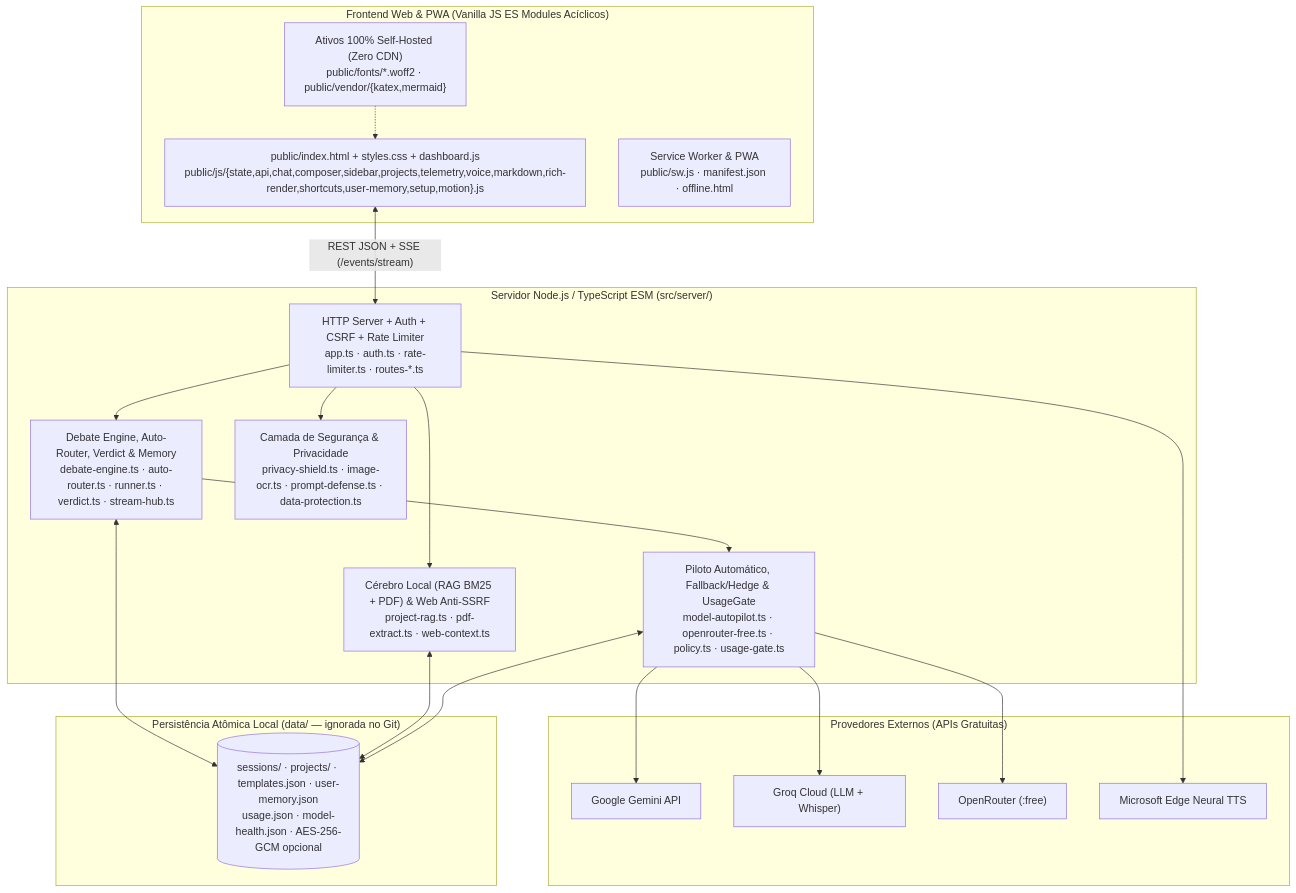
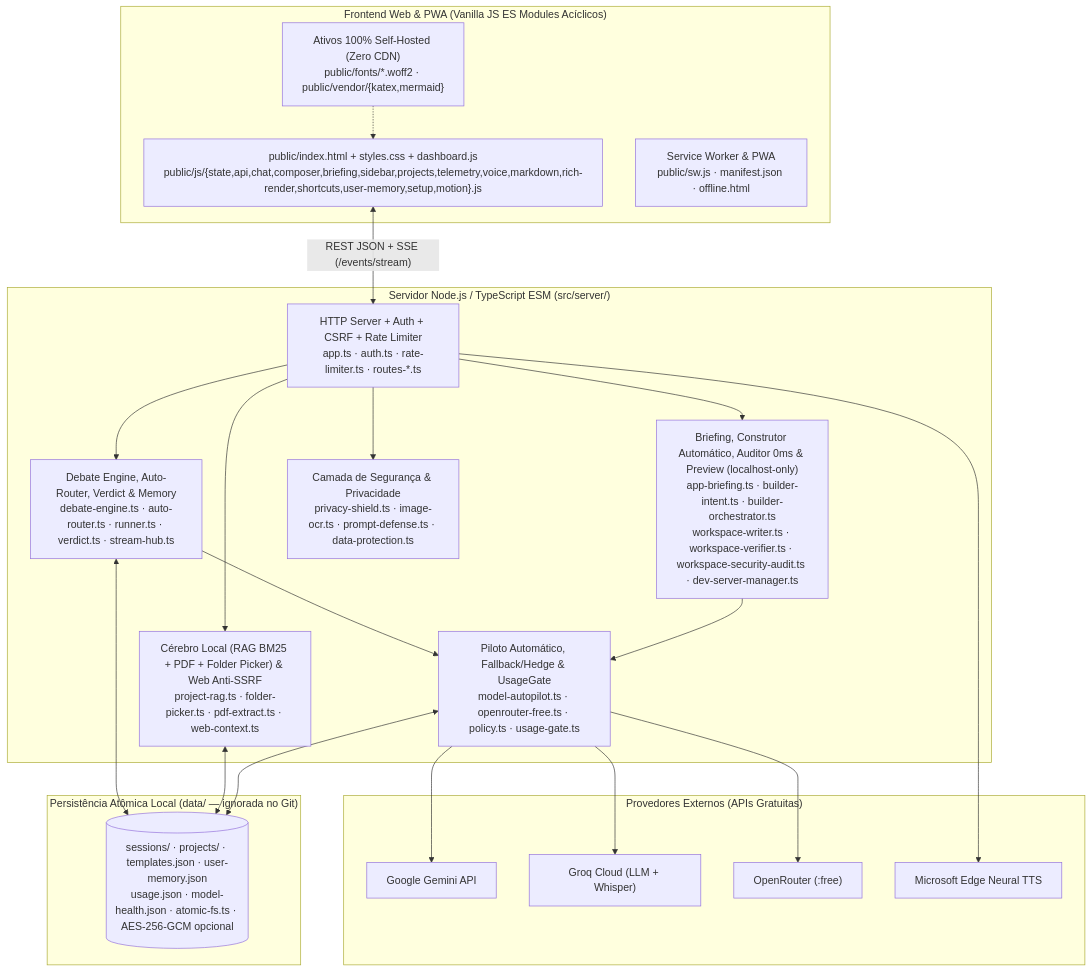
One commit to justtem/Triade changed the diagram in README.md. Above: the diagram before and after it, drawn with Mermaid. The commit also changed other lines of this file and 1 other file, not shown here.

Commit message:
docs: atualiza README e SECURITY com briefing, construtor, auditor e preview

````diff
--- a/README.md
+++ b/README.md
@@ -67,41 +79,44 @@
 ```mermaid
 flowchart TB
     subgraph Client["Frontend Web & PWA (Vanilla JS ES Modules Acíclicos)"]
-        UI["public/index.html + styles.css + dashboard.js<br/>public/js/{state,api,chat,composer,sidebar,projects,telemetry,voice,markdown,rich-render,shortcuts,user-memory,setup,motion}.js"]
+        UI["public/index.html + styles.css + dashboard.js<br/>public/js/{state,api,chat,composer,briefing,sidebar,projects,telemetry,voice,markdown,rich-render,shortcuts,user-memory,setup,motion}.js"]
         Vendor["Ativos 100% Self-Hosted (Zero CDN)<br/>public/fonts/*.woff2 · public/vendor/{katex,mermaid}"]
         SW["Service Worker & PWA<br/>public/sw.js · manifest.json · offline.html"]
     end
 
     subgraph Server["Servidor Node.js / TypeScript ESM (src/server/)"]
         HTTP["HTTP Server + Auth + CSRF + Rate Limiter<br/>app.ts · auth.ts · rate-limiter.ts · routes-*.ts"]
         Engine["Debate Engine, Auto-Router, Verdict & Memory<br/>debate-engine.ts · auto-router.ts · runner.ts · verdict.ts · stream-hub.ts"]
+        Builder["Briefing, Construtor Automático, Auditor 0ms & Preview (localhost-only)<br/>app-briefing.ts · builder-intent.ts · builder-orchestrator.ts<br/>workspace-writer.ts · workspace-verifier.ts · workspace-security-audit.ts · dev-server-manager.ts"]
         Security["Camada de Segurança & Privacidade<br/>privacy-shield.ts · image-ocr.ts · prompt-defense.ts · data-protection.ts"]
-        RAG["Cérebro Local (RAG BM25 + PDF) & Web Anti-SSRF<br/>project-rag.ts · pdf-extract.ts · web-context.ts"]
+        RAG["Cérebro Local (RAG BM25 + PDF + Folder Picker) & Web Anti-SSRF<br/>project-rag.ts · folder-picker.ts · pdf-extract.ts · web-context.ts"]
         Providers["Piloto Automático, Fallback/Hedge & UsageGate<br/>model-autopilot.ts · openrouter-free.ts · policy.ts · usage-gate.ts"]
     end
 
     subgraph External["Provedores Externos (APIs Gratuitas)"]
         Gemini["Google Gemini API"]
         Groq["Groq Cloud (LLM + Whisper)"]
         OpenRouter["OpenRouter (:free)"]
         EdgeTTS["Microsoft Edge Neural TTS"]
     end
 
     subgraph Storage["Persistência Atômica Local (data/ — ignorada no Git)"]
-        DB[("sessions/ · projects/ · templates.json · user-memory.json<br/>usage.json · model-health.json · AES-256-GCM opcional")]
+        DB[("sessions/ · projects/ · templates.json · user-memory.json<br/>usage.json · model-health.json · atomic-fs.ts · AES-256-GCM opcional")]
     end
 
     UI <-->|"REST JSON + SSE (/events/stream)"| HTTP
     Vendor -.-> UI
     HTTP --> Security
     HTTP --> Engine
+    HTTP --> Builder
     HTTP --> RAG
     Engine --> Providers
+    Builder --> Providers
     Engine <--> DB
     RAG <--> DB
     Providers <--> DB
     Providers --> Gemini
     Providers --> Groq
     Providers --> OpenRouter
     HTTP --> EdgeTTS
 ```
````
